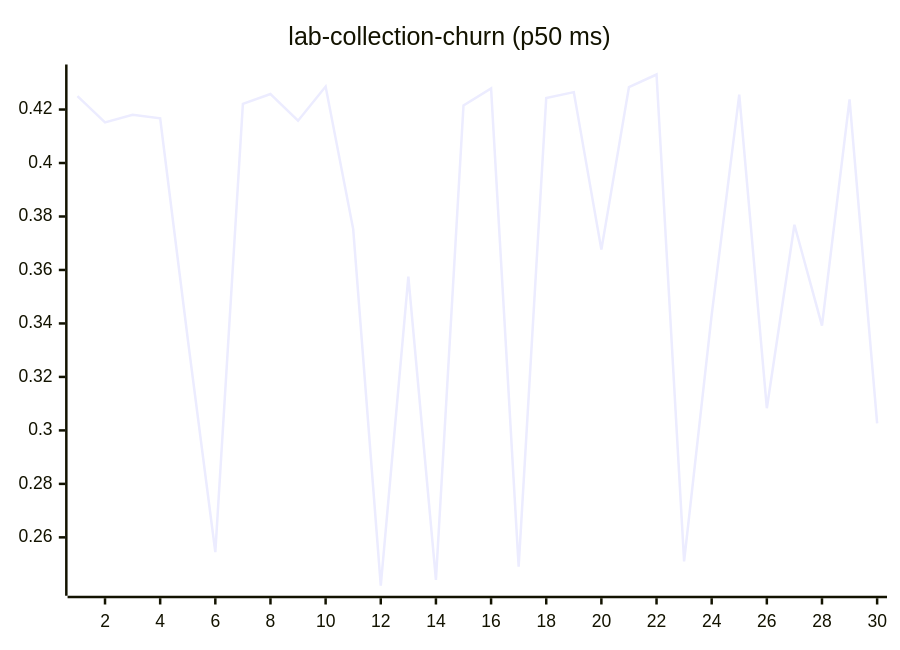
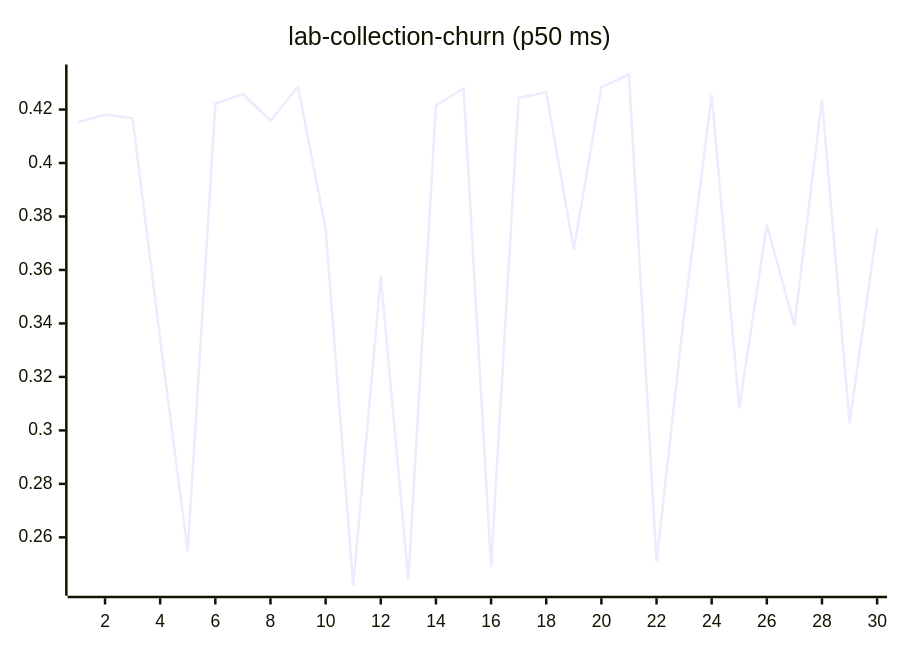
One commit to josha/Facet changed diagram 11 of 27 in README.md. Above: the diagram before and after it, drawn with Mermaid. The commit also changed other lines of this file and 2 other files, not shown here.

````diff
--- a/README.md
+++ b/README.md
@@ -133,6 +133,6 @@
 ```mermaid
 xychart-beta
     title "lab-collection-churn (p50 ms)"
     x-axis 1 --> 30
-    line [0.4250, 0.4152, 0.4180, 0.4167, 0.3342, 0.2545, 0.4221, 0.4258, 0.4158, 0.4286, 0.3753, 0.2419, 0.3575, 0.2441, 0.4215, 0.4279, 0.2490, 0.4243, 0.4265, 0.3676, 0.4284, 0.4331, 0.2510, 0.3432, 0.4256, 0.3083, 0.3769, 0.3392, 0.4238, 0.3026]
+    line [0.4152, 0.4180, 0.4167, 0.3342, 0.2545, 0.4221, 0.4258, 0.4158, 0.4286, 0.3753, 0.2419, 0.3575, 0.2441, 0.4215, 0.4279, 0.2490, 0.4243, 0.4265, 0.3676, 0.4284, 0.4331, 0.2510, 0.3432, 0.4256, 0.3083, 0.3769, 0.3392, 0.4238, 0.3026, 0.3756]
 ```
````
